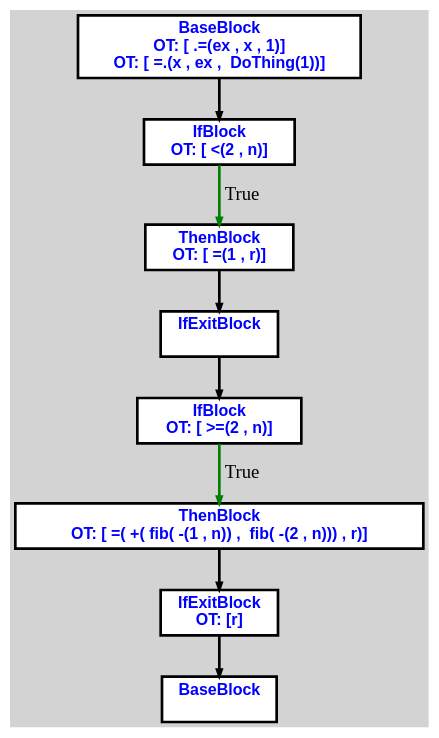
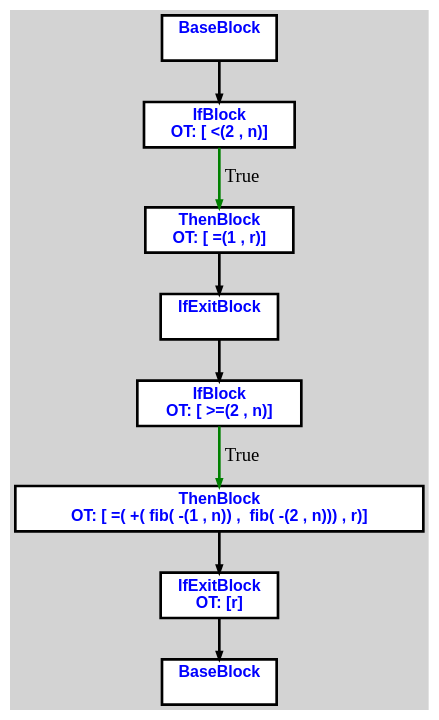
One commit to aveen007/CountingMonkeys changed the diagram in cpoCompilerWin/input2.txt.fib.dot. Above: the diagram before and after it, drawn with Graphviz. The commit also changed 16 other files, not shown here.

```diff
--- a/cpoCompilerWin/input2.txt.fib.dot
+++ b/cpoCompilerWin/input2.txt.fib.dot
@@ -1,29 +1,27 @@
 digraph G {
 ordering=out;
 ranksep=.4;
 bgcolor="lightgrey";  node [shape=box, fixedsize=false, fontsize=12, fontname="Helvetica-bold", fontcolor="blue"
 width=.25, height=.25, color="black", fillcolor="white", style="filled, solid, bold"];
 
-edge [arrowsize=.5, color="black", style="bold"]    n00001243B6DA33E0 [label="BaseBlock\n OT: [ .=(ex , x , 1)]
-OT: [ =.(x , ex ,  DoThing(1))]
+edge [arrowsize=.5, color="black", style="bold"]    n0000112828523320 [label="BaseBlock\n "]
+    n00001128285233E0 [label="IfBlock\n OT: [ <(2 , n)]
 "]
-    n00001243B6DA3620 [label="IfBlock\n OT: [ <(2 , n)]
+    n0000112828523320 -> n00001128285233E0
+    n00001128285233E0 -> n0000112828523440 [label="True" color="green"]
+    n0000112828523440 [label="ThenBlock\n OT: [ =(1 , r)]
 "]
-    n00001243B6DA33E0 -> n00001243B6DA3620
-    n00001243B6DA3620 -> n00001243B6DA3680 [label="True" color="green"]
-    n00001243B6DA3680 [label="ThenBlock\n OT: [ =(1 , r)]
+    n00001128285234A0 [label="IfExitBlock\n "]
+    n0000112828523440 -> n00001128285234A0
+    n0000112828523500 [label="IfBlock\n OT: [ >=(2 , n)]
 "]
-    n00001243B6DA36E0 [label="IfExitBlock\n "]
-    n00001243B6DA3680 -> n00001243B6DA36E0
-    n00001243B6DA3740 [label="IfBlock\n OT: [ >=(2 , n)]
+    n00001128285234A0 -> n0000112828523500
+    n0000112828523500 -> n0000112828523560 [label="True" color="green"]
+    n0000112828523560 [label="ThenBlock\n OT: [ =( +( fib( -(1 , n)) ,  fib( -(2 , n))) , r)]
 "]
-    n00001243B6DA36E0 -> n00001243B6DA3740
-    n00001243B6DA3740 -> n00001243B6DA37A0 [label="True" color="green"]
-    n00001243B6DA37A0 [label="ThenBlock\n OT: [ =( +( fib( -(1 , n)) ,  fib( -(2 , n))) , r)]
+    n00001128285235C0 [label="IfExitBlock\n OT: [r]
 "]
-    n00001243B6DA3800 [label="IfExitBlock\n OT: [r]
-"]
-    n00001243B6DA37A0 -> n00001243B6DA3800
-    n00001243B6DA3860 [label="BaseBlock\n "]
-    n00001243B6DA3800 -> n00001243B6DA3860
+    n0000112828523560 -> n00001128285235C0
+    n0000112828523620 [label="BaseBlock\n "]
+    n00001128285235C0 -> n0000112828523620
 }
```
